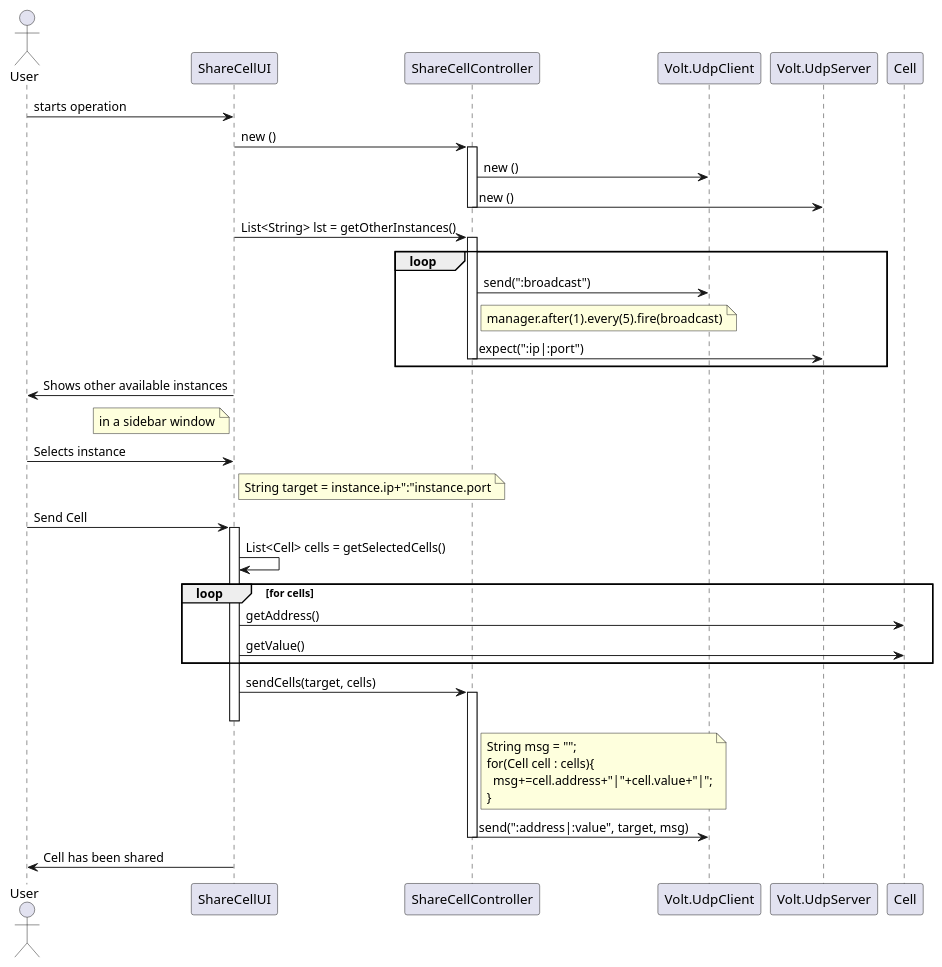
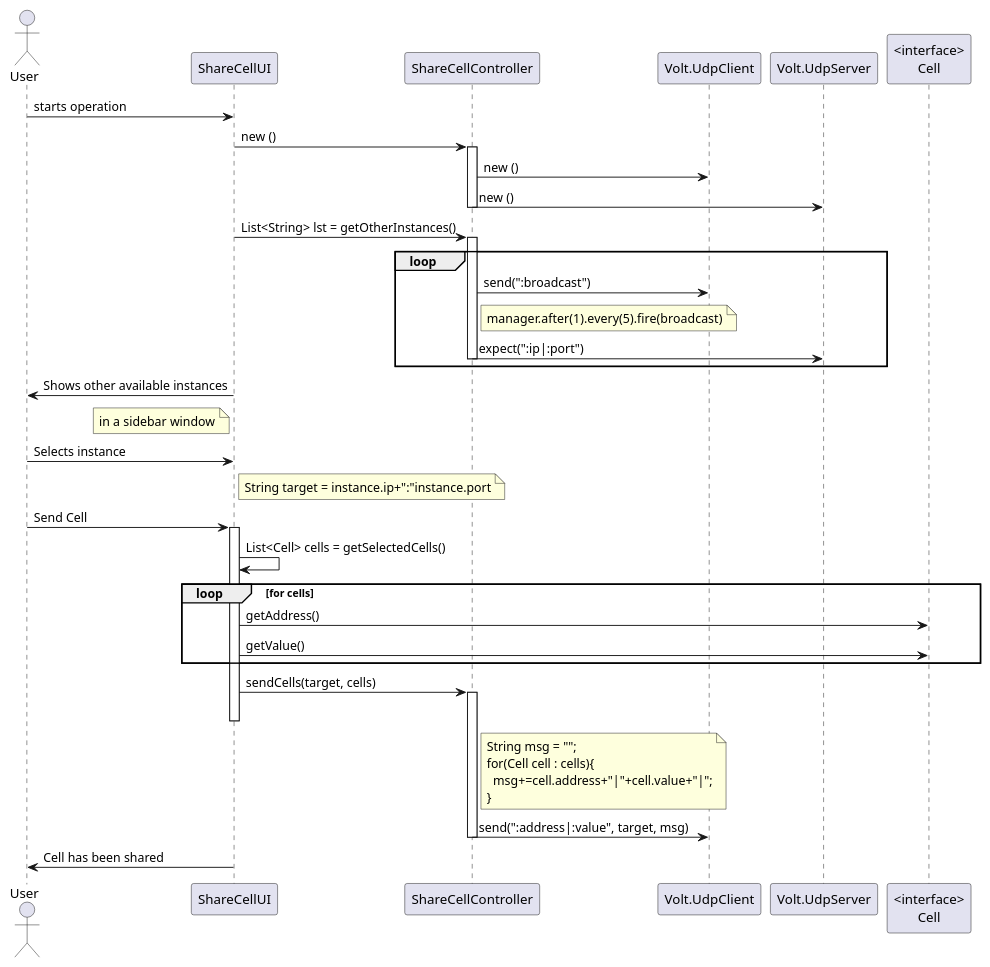
The diagram in src/main/java/csheets/worklog/n1140611/sprint1/ipc01_01_design.puml (RubenTeixeira/cleansheets_isep_2dg_2016), drawn with PlantUML before and after one commit.

Commit message:
Feature: #LPFOURDG-51 sub task :#LPFOURDG-105 correção erro no worklog

```diff
--- a/src/main/java/csheets/worklog/n1140611/sprint1/ipc01_01_design.puml
+++ b/src/main/java/csheets/worklog/n1140611/sprint1/ipc01_01_design.puml
@@ -1,47 +1,47 @@
 @startuml doc-files/ipc01_01_design.png
 
 actor User 
 participant "ShareCellUI" as UI
 participant "ShareCellController" as Controller
 participant "Volt.UdpClient" as UdpClient
 participant "Volt.UdpServer" as UdpServer
-participant "Cell" as Cell
+participant "<interface>\nCell" as Cell
 
 User->UI: starts operation
 UI->Controller: new ()
 
 activate Controller
 Controller->UdpClient: new ()
 Controller->UdpServer: new ()
 deactivate Controller
 
 UI->Controller: List<String> lst = getOtherInstances()
 loop
 activate Controller
 Controller->UdpClient: send(":broadcast")
 note right of Controller: manager.after(1).every(5).fire(broadcast)
 Controller->UdpServer: expect(":ip|:port")
 deactivate Controller
 end
 
 UI->User: Shows other available instances
 note left of UI: in a sidebar window
 User->UI: Selects instance
 note right of UI: String target = instance.ip+":"instance.port
 User->UI: Send Cell
 
 activate UI
 UI->UI: List<Cell> cells = getSelectedCells()
 loop for cells
 UI->Cell: getAddress()
 UI->Cell: getValue()
 end
 UI->Controller: sendCells(target, cells)
 activate Controller
 deactivate UI
 note right of Controller: String msg = "";\nfor(Cell cell : cells){\n  msg+=cell.address+"|"+cell.value+"|";\n}
 Controller->UdpClient: send(":address|:value", target, msg)
 deactivate Controller
 UI->User: Cell has been shared
 
 @enduml
```
